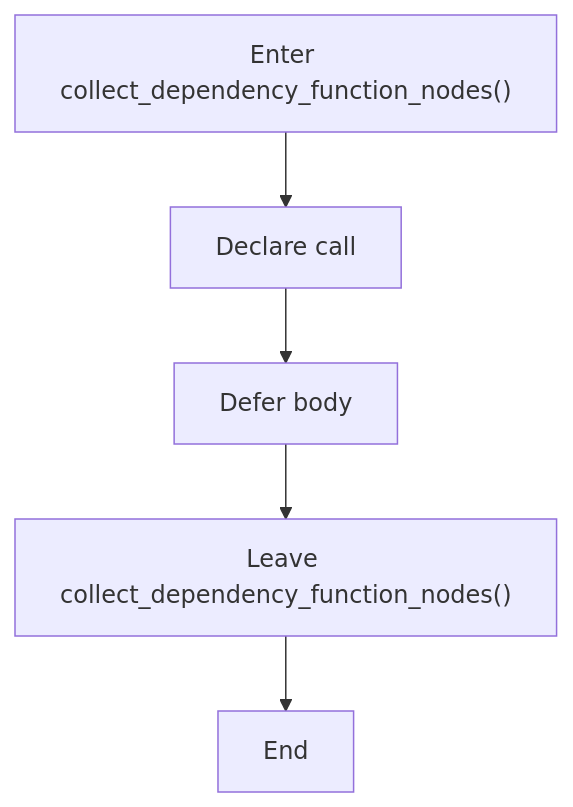
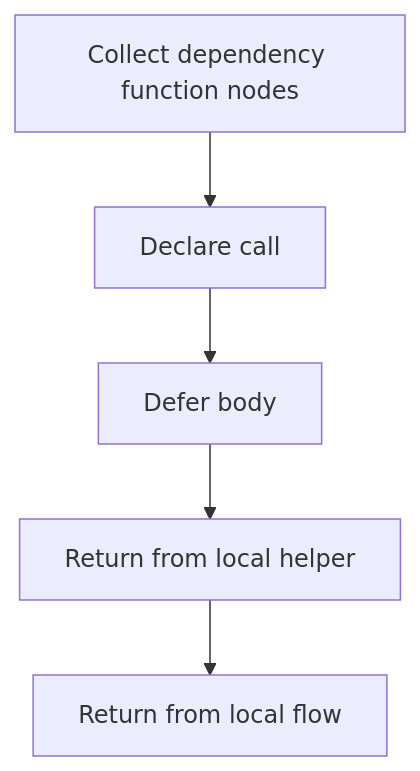
The second of 5 diagrams in docs/Codebase/Microservice/Modules/Header/SyntacticBrokenAST/Trees/Shared/dependency_utils.hpp.md (JohnAndrewBalbarosa/NeoTerritory), drawn with Mermaid before and after one commit. The commit also changed other lines of this file and 925 other files, not shown here.

````diff
--- a/docs/Codebase/Microservice/Modules/Header/SyntacticBrokenAST/Trees/Shared/dependency_utils.hpp.md
+++ b/docs/Codebase/Microservice/Modules/Header/SyntacticBrokenAST/Trees/Shared/dependency_utils.hpp.md
@@ -56,12 +55,12 @@
 ```mermaid
 flowchart TD
-    N0["Enter collect_dependency_function_nodes()"]
+    N0["Collect dependency function nodes"]
     N1["Declare call"]
     N2["Defer body"]
-    N3["Leave collect_dependency_function_nodes()"]
-    N4["End"]
+    N3["Return from local helper"]
+    N4["Return from local flow"]
     N0 --> N1
     N1 --> N2
     N2 --> N3
     N3 --> N4
 ```
````
